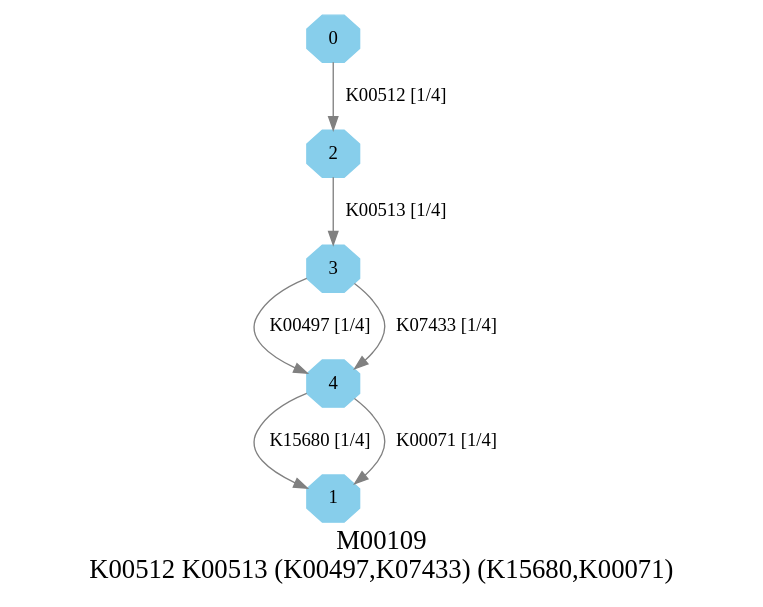
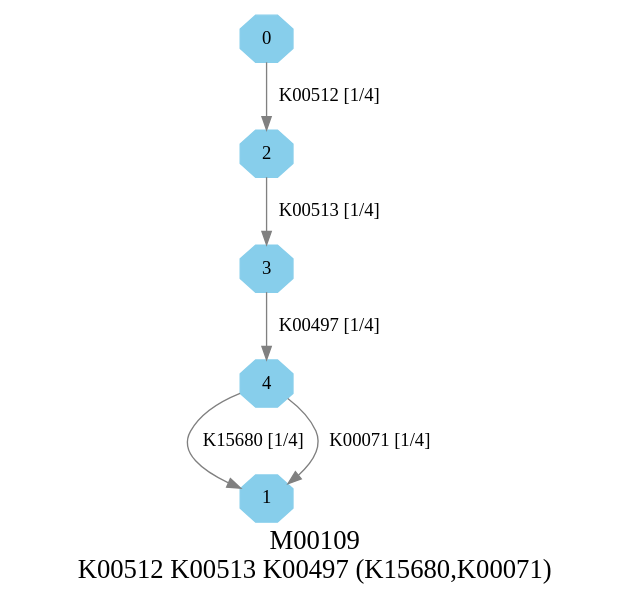
The diagram in graphs/dots/M00109.dot (EBI-Metagenomics/kegg-pathways-completeness-tool), drawn with Graphviz before and after one commit. The commit also changed 124 other files, not shown here.

```diff
--- a/graphs/dots/M00109.dot
+++ b/graphs/dots/M00109.dot
@@ -1,13 +1,12 @@
 digraph G {
 graph [label="M00109
-K00512 K00513 (K00497,K07433) (K15680,K00071)",fontsize=20];
+K00512 K00513 K00497 (K15680,K00071)",fontsize=20];
 node [shape=box,style=filled];
 edge [len=3,color=grey];
 {node [width=.3,height=.3,shape=octagon,style=filled,color=skyblue] 0 1 2 3 4 }
 0 -> 2 [label="K00512 [1/4]"];
 2 -> 3 [label="K00513 [1/4]"];
 3 -> 4 [label="K00497 [1/4]"];
-3 -> 4 [label="K07433 [1/4]"];
 4 -> 1 [label="K15680 [1/4]"];
 4 -> 1 [label="K00071 [1/4]"];
 }
```
